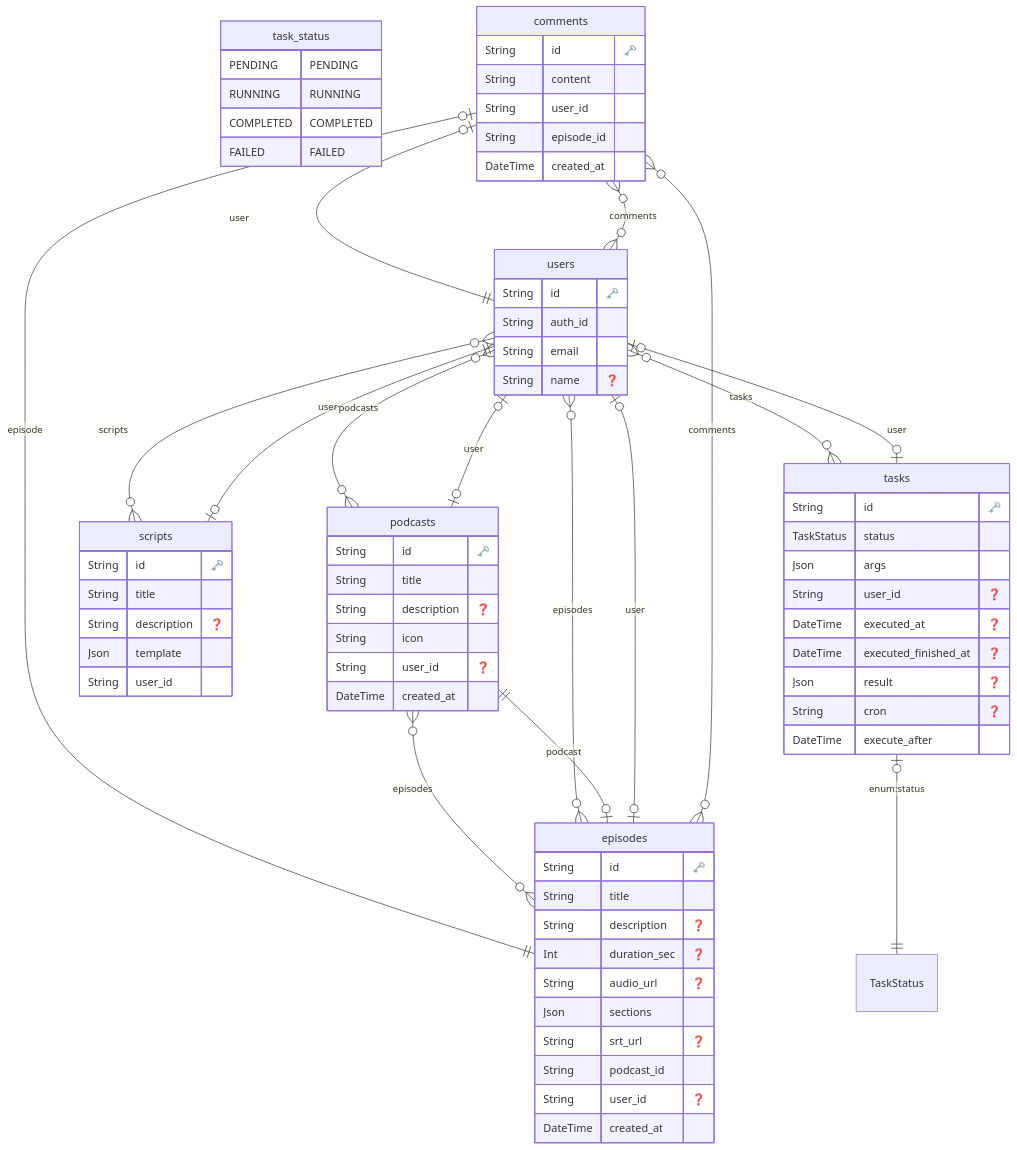
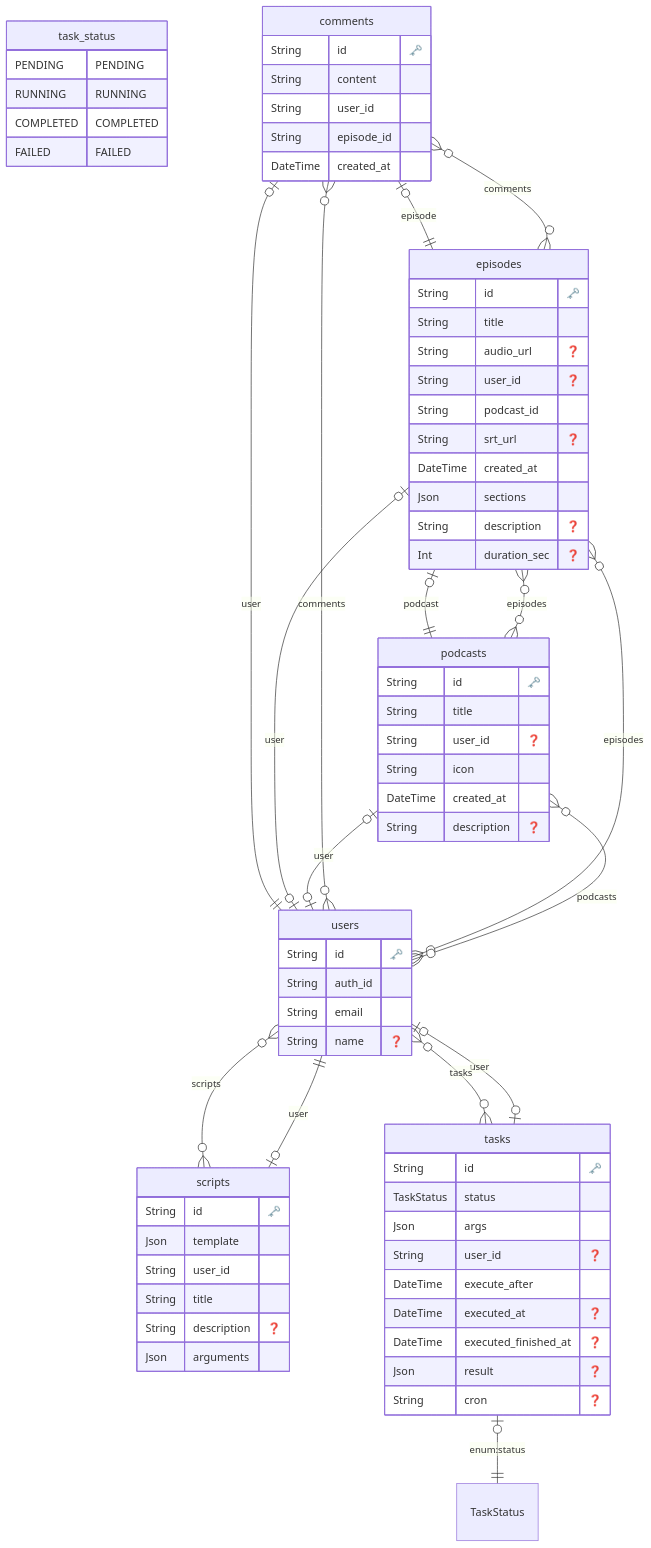
The diagram in api/prisma/schema/ERD.md (wakame-tech/botcast), drawn with Mermaid before and after one commit. The commit also changed 11 other files, not shown here.

````diff
--- a/api/prisma/schema/ERD.md
+++ b/api/prisma/schema/ERD.md
@@ -20,33 +20,34 @@
   "episodes" {
     String id "🗝️"
     String title 
+    String audio_url "❓"
+    String user_id "❓"
+    String podcast_id 
+    String srt_url "❓"
+    DateTime created_at 
+    Json sections 
     String description "❓"
     Int duration_sec "❓"
-    String audio_url "❓"
-    Json sections 
-    String srt_url "❓"
-    String podcast_id 
-    String user_id "❓"
-    DateTime created_at 
     }
   
 
   "podcasts" {
     String id "🗝️"
     String title 
+    String user_id "❓"
+    String icon 
+    DateTime created_at 
     String description "❓"
-    String icon 
-    String user_id "❓"
-    DateTime created_at 
     }
   
 
   "scripts" {
     String id "🗝️"
+    Json template 
+    String user_id 
     String title 
     String description "❓"
-    Json template 
-    String user_id 
+    Json arguments 
     }
   
 
@@ -55,11 +56,11 @@
     TaskStatus status 
     Json args 
     String user_id "❓"
+    DateTime execute_after 
     DateTime executed_at "❓"
     DateTime executed_finished_at "❓"
     Json result "❓"
     String cron "❓"
-    DateTime execute_after 
     }
   
 
@@ -70,19 +71,19 @@
     String name "❓"
     }
   
+    "comments" o|--|| "episodes" : "episode"
     "comments" o|--|| "users" : "user"
-    "comments" o|--|| "episodes" : "episode"
+    "episodes" o{--}o "comments" : "comments"
     "episodes" o|--|| "podcasts" : "podcast"
     "episodes" o|--|o "users" : "user"
-    "episodes" o{--}o "comments" : "comments"
     "podcasts" o{--}o "episodes" : "episodes"
     "podcasts" o|--|o "users" : "user"
     "scripts" o|--|| "users" : "user"
     "tasks" o|--|| "TaskStatus" : "enum:status"
     "tasks" o|--|o "users" : "user"
+    "users" o{--}o "comments" : "comments"
+    "users" o{--}o "episodes" : "episodes"
+    "users" o{--}o "podcasts" : "podcasts"
     "users" o{--}o "scripts" : "scripts"
-    "users" o{--}o "podcasts" : "podcasts"
-    "users" o{--}o "episodes" : "episodes"
     "users" o{--}o "tasks" : "tasks"
-    "users" o{--}o "comments" : "comments"
 ```
````
